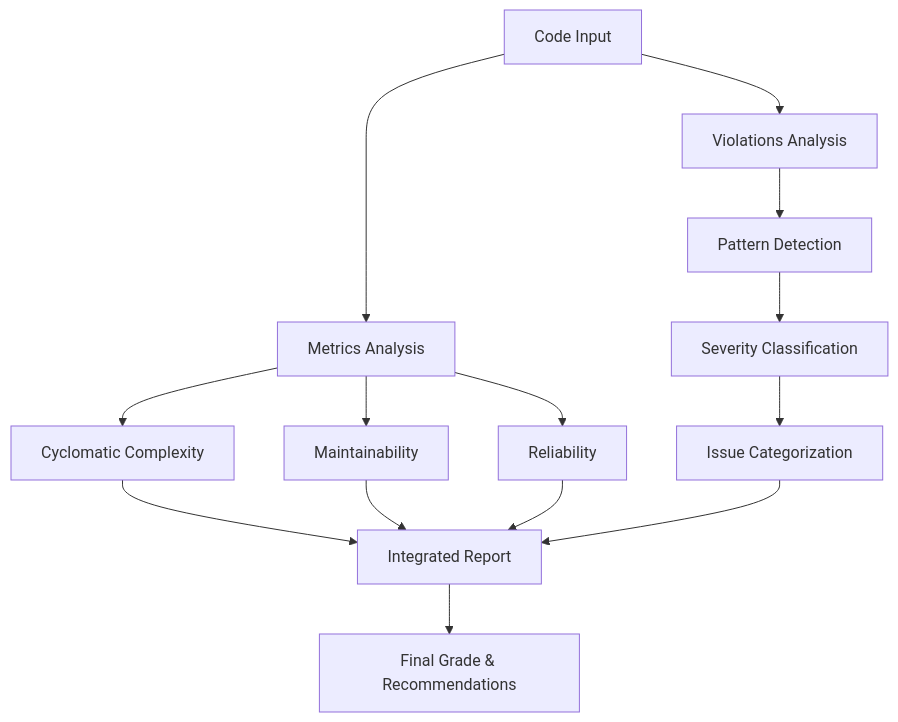
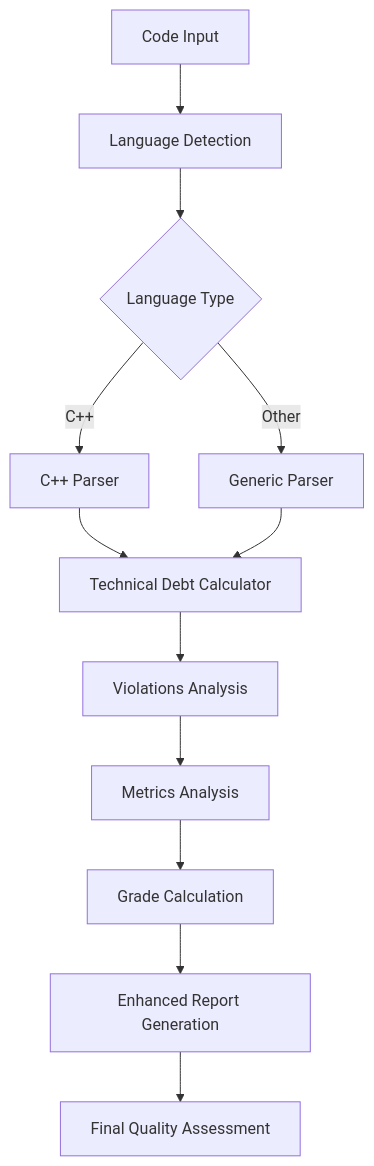
Before and after one commit to mandarborkar2304/code-alchemist-ai-forge: the diagram in docs/enhanced-quality-system.md, drawn with Mermaid. The commit also changed other lines of this file and 4 other files, not shown here.

First line of the commit message:
Refactor: Improve technical debt and maintainability analysis

````diff
--- a/docs/enhanced-quality-system.md
+++ b/docs/enhanced-quality-system.md
@@ -15,16 +17,14 @@
 ```mermaid
 graph TD
-    A[Code Input] --> B[Metrics Analysis]
-    A --> C[Violations Analysis]
-    B --> D[Cyclomatic Complexity]
-    B --> E[Maintainability]
-    B --> F[Reliability]
-    C --> G[Pattern Detection]
-    G --> H[Severity Classification]
-    H --> I[Issue Categorization]
-    D --> J[Integrated Report]
-    E --> J
-    F --> J
-    I --> J
-    J --> K[Final Grade & Recommendations]
+    A[Code Input] --> B[Language Detection]
+    B --> C{Language Type}
+    C -->|C++| D[C++ Parser]
+    C -->|Other| E[Generic Parser]
+    D --> F[Technical Debt Calculator]
+    E --> F
+    F --> G[Violations Analysis]
+    G --> H[Metrics Analysis]
+    H --> I[Grade Calculation]
+    I --> J[Enhanced Report Generation]
+    J --> K[Final Quality Assessment]
 ```
````
